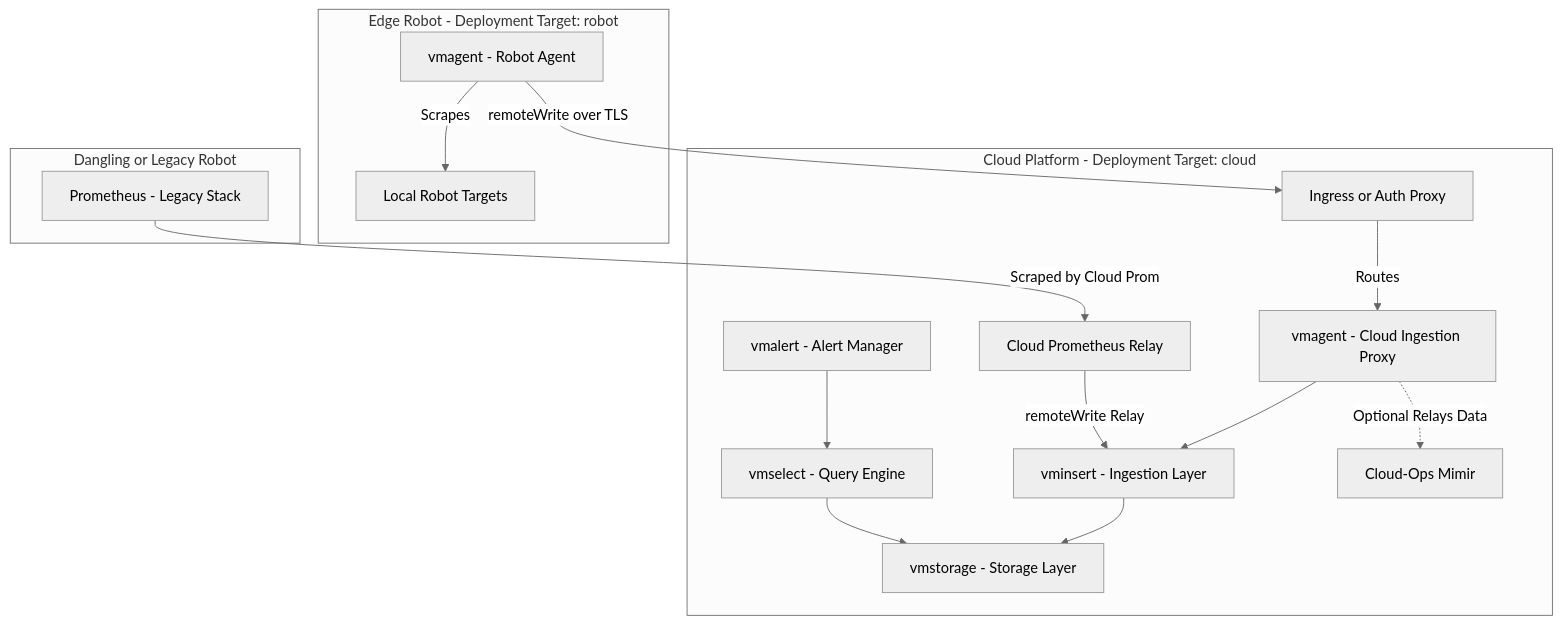
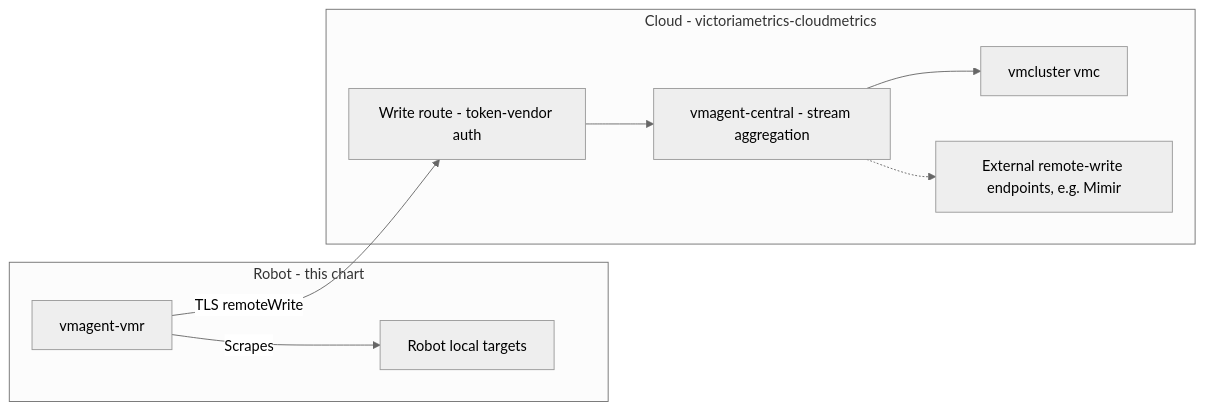
One commit to googlecloudrobotics/core changed the diagram in src/app_charts/victoriametrics/victoriametrics-robotmetrics/README.md. Above: the diagram before and after it, drawn with Mermaid (neutral theme). The commit also changed other lines of this file and 22 other files, not shown here.

````diff
--- a/src/app_charts/victoriametrics/victoriametrics-robotmetrics/README.md
+++ b/src/app_charts/victoriametrics/victoriametrics-robotmetrics/README.md
@@ -18,31 +9,12 @@
 ```mermaid
-flowchart TD
-    subgraph EdgeRobot[Edge Robot - Deployment Target: robot]
-        RA[vmagent - Robot Agent] -->|Scrapes| RT[Local Robot Targets]
+flowchart LR
+    subgraph Robot[Robot - this chart]
+        RA[vmagent-vmr] -->|Scrapes| RT[Robot local targets]
     end
-
-    subgraph LegacyRobot[Dangling or Legacy Robot]
-        LP[Prometheus - Legacy Stack]
+    subgraph Cloud[Cloud - victoriametrics-cloudmetrics]
+        ING[Write route - token-vendor auth] --> CEN[vmagent-central - stream aggregation]
+        CEN --> VMC[vmcluster vmc]
+        CEN -.-> EXT[External remote-write endpoints, e.g. Mimir]
     end
-
-    subgraph CloudPlatform[Cloud Platform - Deployment Target: cloud]
-        CP[Cloud Prometheus Relay]
-        ING[Ingress or Auth Proxy]
-        VMA_PROXY[vmagent - Cloud Ingestion Proxy]
-        VMI[vminsert - Ingestion Layer]
-        VMS[vmstorage - Storage Layer]
-        VMQ[vmselect - Query Engine]
-        VMA[vmalert - Alert Manager]
-
-        ING -->|Routes| VMA_PROXY
-        VMA_PROXY --> VMI
-        VMA_PROXY -.->|Optional Relays Data| Mimir[Cloud-Ops Mimir]
-        VMI --> VMS
-        VMQ --> VMS
-        VMA --> VMQ
-    end
-
-    RA -->|remoteWrite over TLS| ING
-    LP -->|Scraped by Cloud Prom| CP
-    CP -->|remoteWrite Relay| VMI
+    RA -->|TLS remoteWrite| ING
 ```
````
